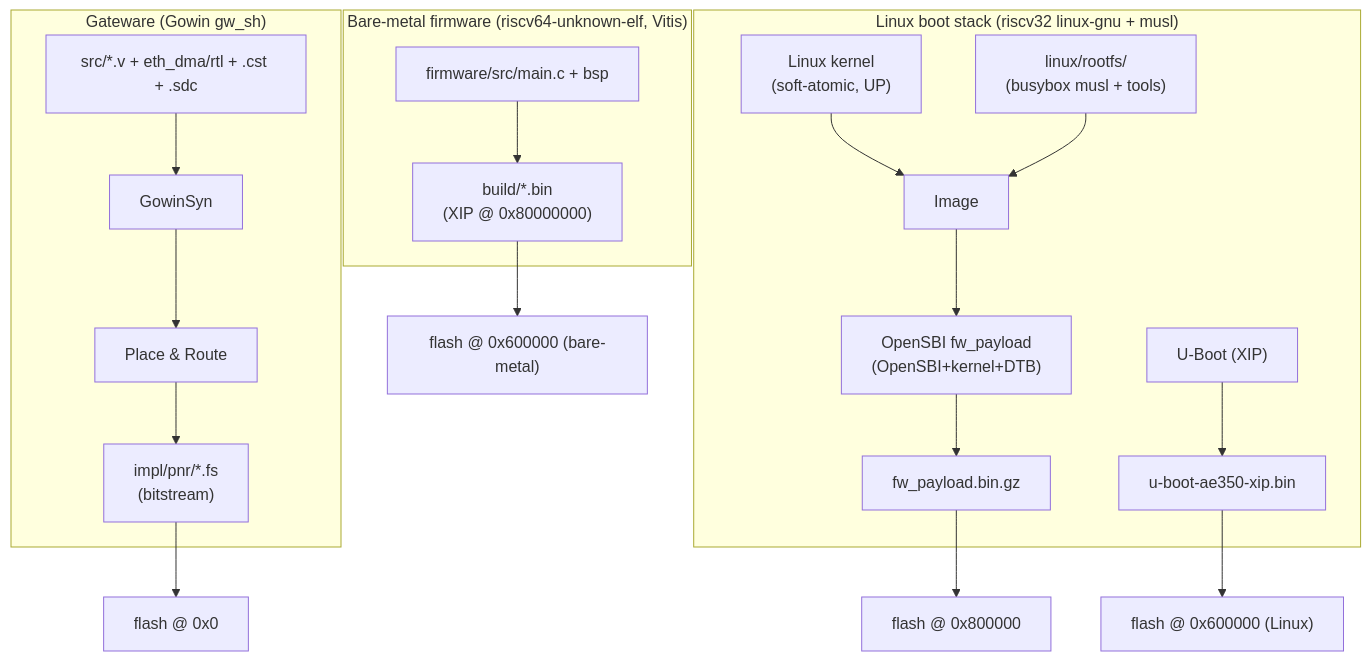
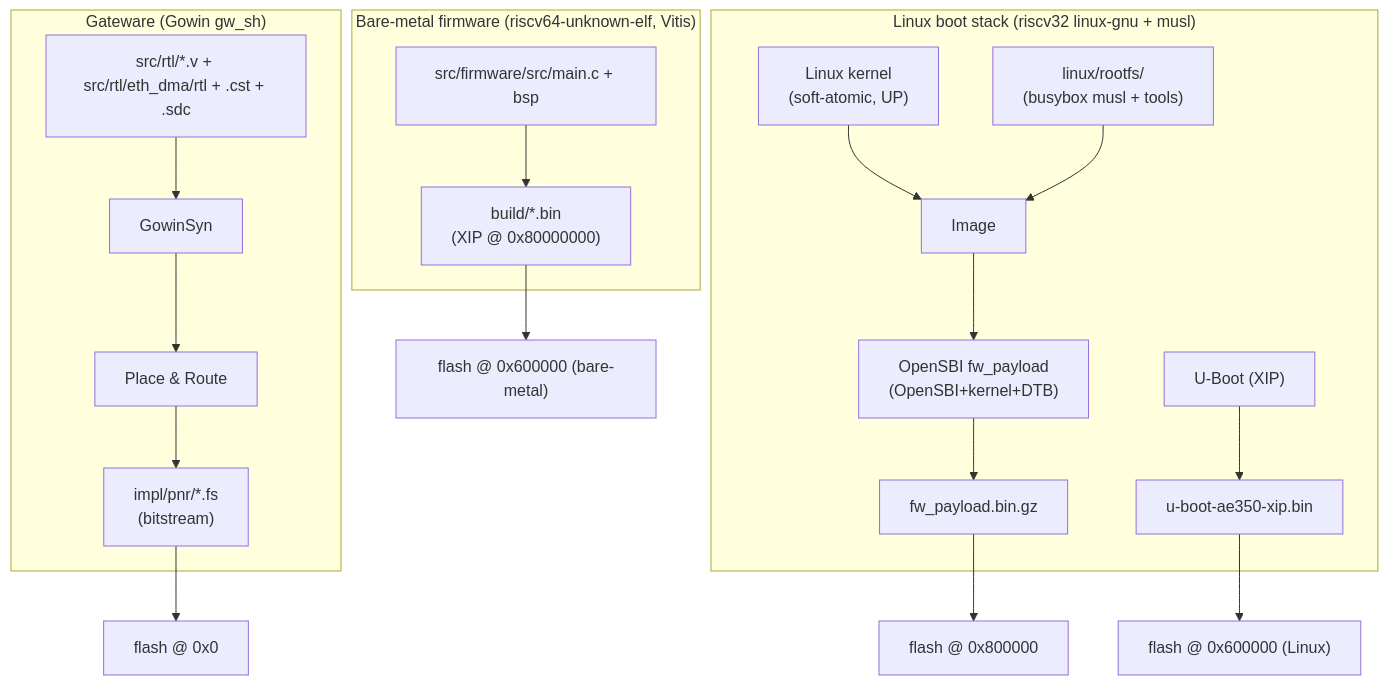
Before and after one commit to phoenix367/tang-mega-138K-Pro-demo: the diagram in doc/02-build.md, drawn with Mermaid. The commit also changed other lines of this file and 325 other files, not shown here.

First line of the commit message:
tree: HDL under src/rtl, apps under src/apps, bare-metal under src/firmware

````diff
--- a/doc/02-build.md
+++ b/doc/02-build.md
@@ -6,20 +6,20 @@
 ```mermaid
 flowchart TD
   subgraph GW["Gateware (Gowin gw_sh)"]
-    SRC["src/*.v + eth_dma/rtl + .cst + .sdc"] --> SYN["GowinSyn"] --> PNR["Place & Route"] --> FS["impl/pnr/*.fs<br/>(bitstream)"]
+    SRC["src/rtl/*.v + src/rtl/eth_dma/rtl + .cst + .sdc"] --> SYN["GowinSyn"] --> PNR["Place & Route"] --> FS["impl/pnr/*.fs<br/>(bitstream)"]
   end
   subgraph FW["Bare-metal firmware (riscv64-unknown-elf, Vitis)"]
-    FWSRC["firmware/src/main.c + bsp"] --> FWBIN["build/*.bin<br/>(XIP @ 0x80000000)"]
+    FWSRC["src/firmware/src/main.c + bsp"] --> FWBIN["build/*.bin<br/>(XIP @ 0x80000000)"]
   end
   subgraph BOOTSTACK["Linux boot stack (riscv32 linux-gnu + musl)"]
     UB["U-Boot (XIP)"] --> UBIMG["u-boot-ae350-xip.bin"]
     KERN["Linux kernel<br/>(soft-atomic, UP)"] --> IMG["Image"]
     ROOTFS["linux/rootfs/<br/>(busybox musl + tools)"] --> IMG
     IMG --> PAY["OpenSBI fw_payload<br/>(OpenSBI+kernel+DTB)"]
     PAY --> GZ["fw_payload.bin.gz"]
   end
   FS --> FLASH["flash @ 0x0"]
   FWBIN --> FLASH2["flash @ 0x600000 (bare-metal)"]
   UBIMG --> FLASH3["flash @ 0x600000 (Linux)"]
   GZ --> FLASH4["flash @ 0x800000"]
 ```
````
